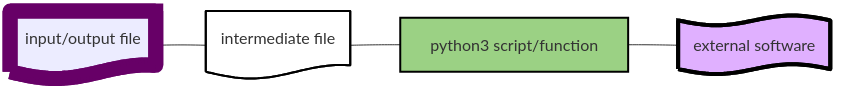
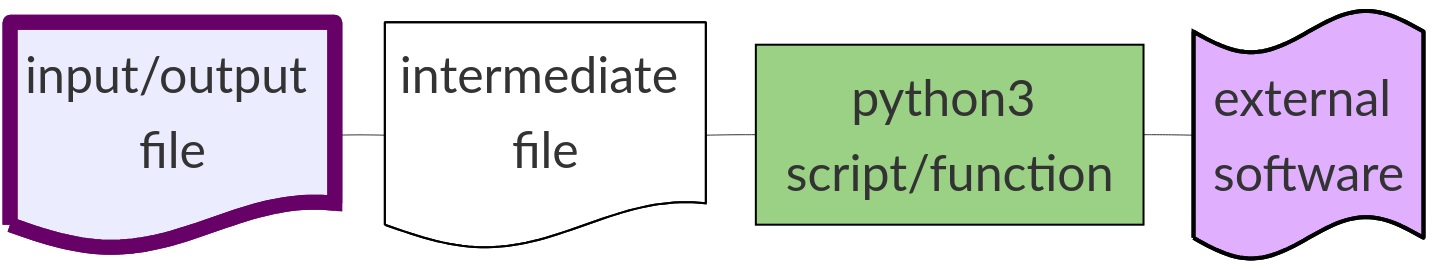
One commit to OcMalde/fuse-phylotree changed the second of 3 diagrams in README.md. Above: the diagram before and after it, drawn with Mermaid. The commit also changed other lines of this file, not shown here.

````diff
--- a/README.md
+++ b/README.md
@@ -19,20 +24,28 @@
 ```mermaid
+---
+config:
+  look: classic
+  theme: default
+  themeVariables:
+    fontSize: 50px
+
+---
 
 flowchart LR
 
 l1@{ shape: doc, label: "input/output file" } --- l2@{ shape: doc, label: "intermediate file" }
 l2 --- l3[python3 script/function]
 l3 --- l4@{ shape: flag, label: "external software" }
 
 classDef toolsl fill:#E0B0FF,stroke:#000,stroke-width:4px
 class l4 toolsl
 
 classDef filesl fill:#fff,stroke:#000,stroke-width:2px;
 class l2 filesl
 
 classDef inputl stroke:#670067,stroke-width:15px;
 class l1 inputl
 
 classDef scriptsl fill:#9BD184,stroke:#000,stroke-width:2px;
 class l3 scriptsl
 ```
````
